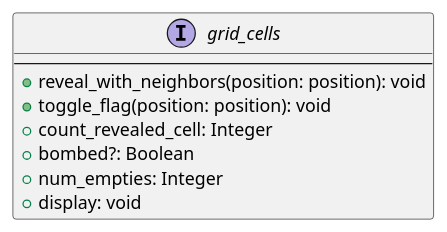
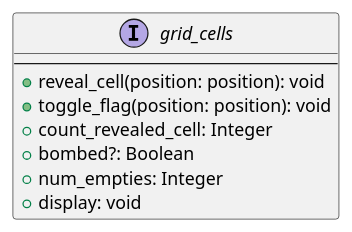
Before and after one commit to Yuhi-Sato/minesweeper: the diagram in diagrams/grid_cells_interface.plantuml, drawn with PlantUML. The commit also changed 10 other files, not shown here.

```diff
--- a/diagrams/grid_cells_interface.plantuml
+++ b/diagrams/grid_cells_interface.plantuml
@@ -1,13 +1,13 @@
 @startuml grid_cells_interface
 
 interface grid_cells {
     --
-    + reveal_with_neighbors(position: position): void
+    + reveal_cell(position: position): void
     + toggle_flag(position: position): void
     + count_revealed_cell: Integer
     + bombed?: Boolean
     + num_empties: Integer
     + display: void
 }
 
 @enduml
```
